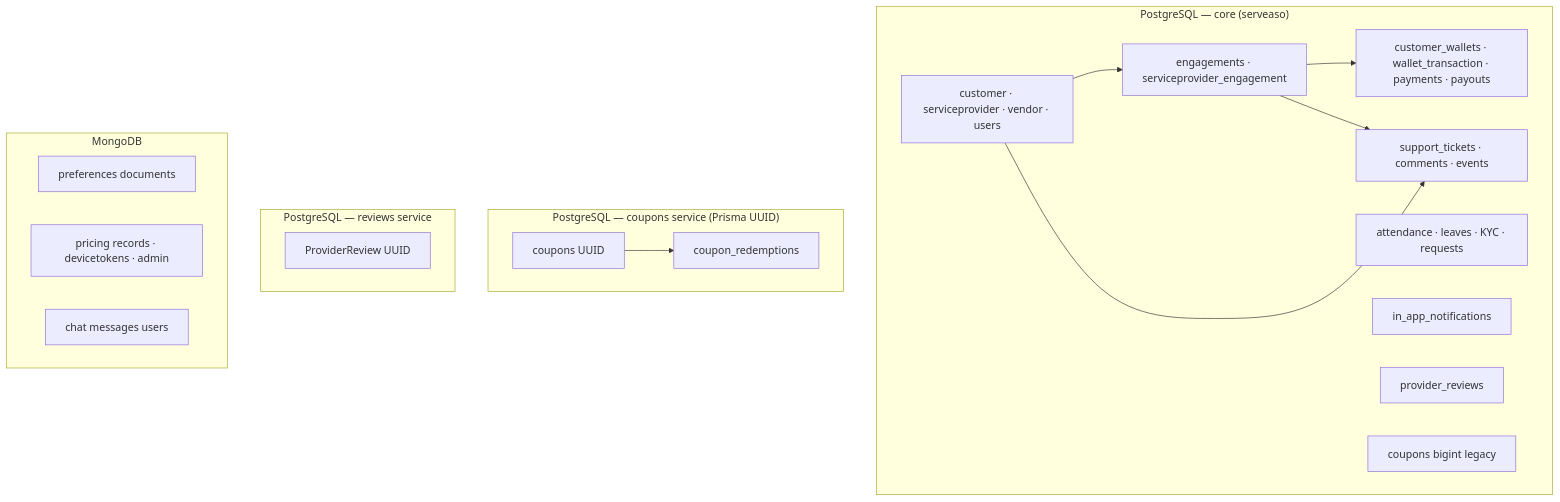
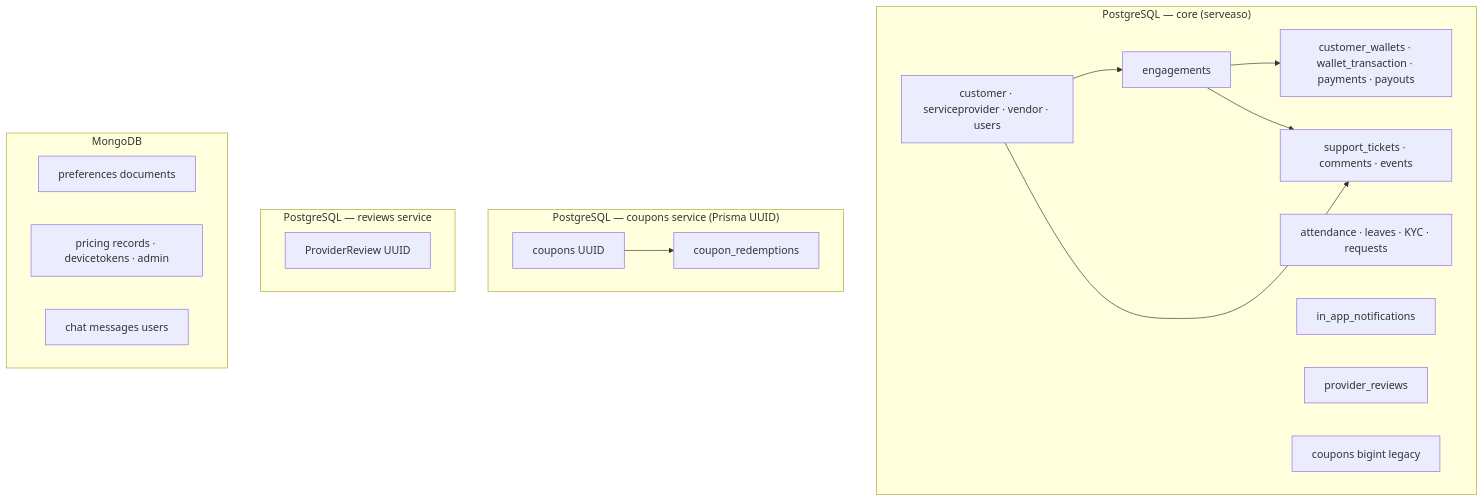
One commit to ServEase-Innovations/Serveaso changed the first of 3 diagrams in docs/DATABASE_SCHEMA.md. Above: the diagram before and after it, drawn with Mermaid. The commit also changed other lines of this file and 9 other files, not shown here.

````diff
--- a/docs/DATABASE_SCHEMA.md
+++ b/docs/DATABASE_SCHEMA.md
@@ -25,34 +25,34 @@
 ```mermaid
 flowchart TB
   subgraph pg_core["PostgreSQL — core (serveaso)"]
     parties[customer · serviceprovider · vendor · users]
-    book[engagements · serviceprovider_engagement]
+    book[engagements]
     money[customer_wallets · wallet_transaction · payments · payouts]
     ops[attendance · leaves · KYC · requests]
     notify[in_app_notifications]
     tickets[support_tickets · comments · events]
     reviews_core[provider_reviews]
     coupons_legacy[coupons bigint legacy]
   end
 
   subgraph pg_coupons["PostgreSQL — coupons service (Prisma UUID)"]
     cp[coupons UUID]
     cr[coupon_redemptions]
   end
 
   subgraph pg_reviews["PostgreSQL — reviews service"]
     rv[ProviderReview UUID]
   end
 
   subgraph mongo["MongoDB"]
     pref[preferences documents]
     util[pricing records · devicetokens · admin]
     chat[chat messages users]
   end
 
   parties --> book
   book --> money
   parties --> tickets
   book --> tickets
   cp --> cr
 ```
````
